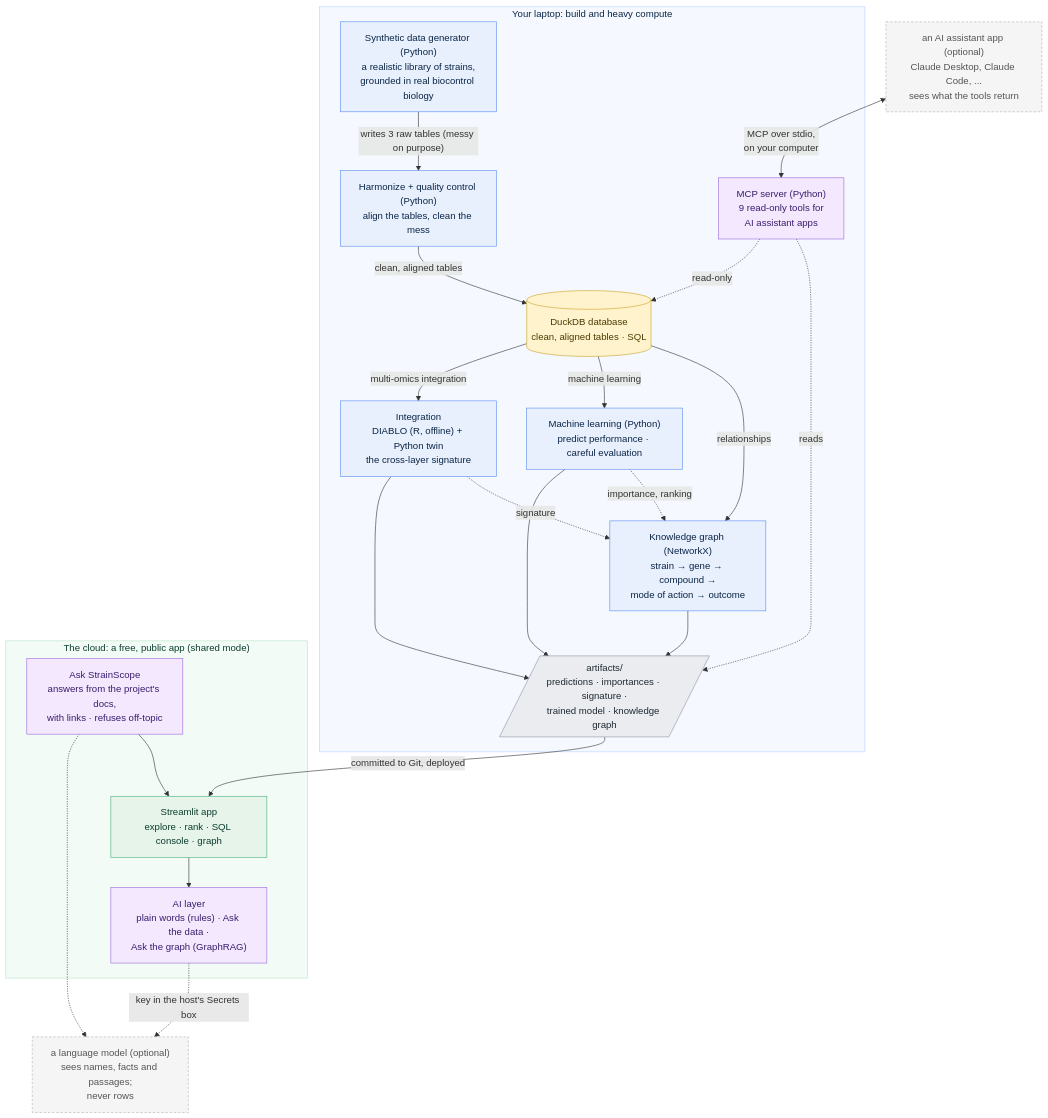
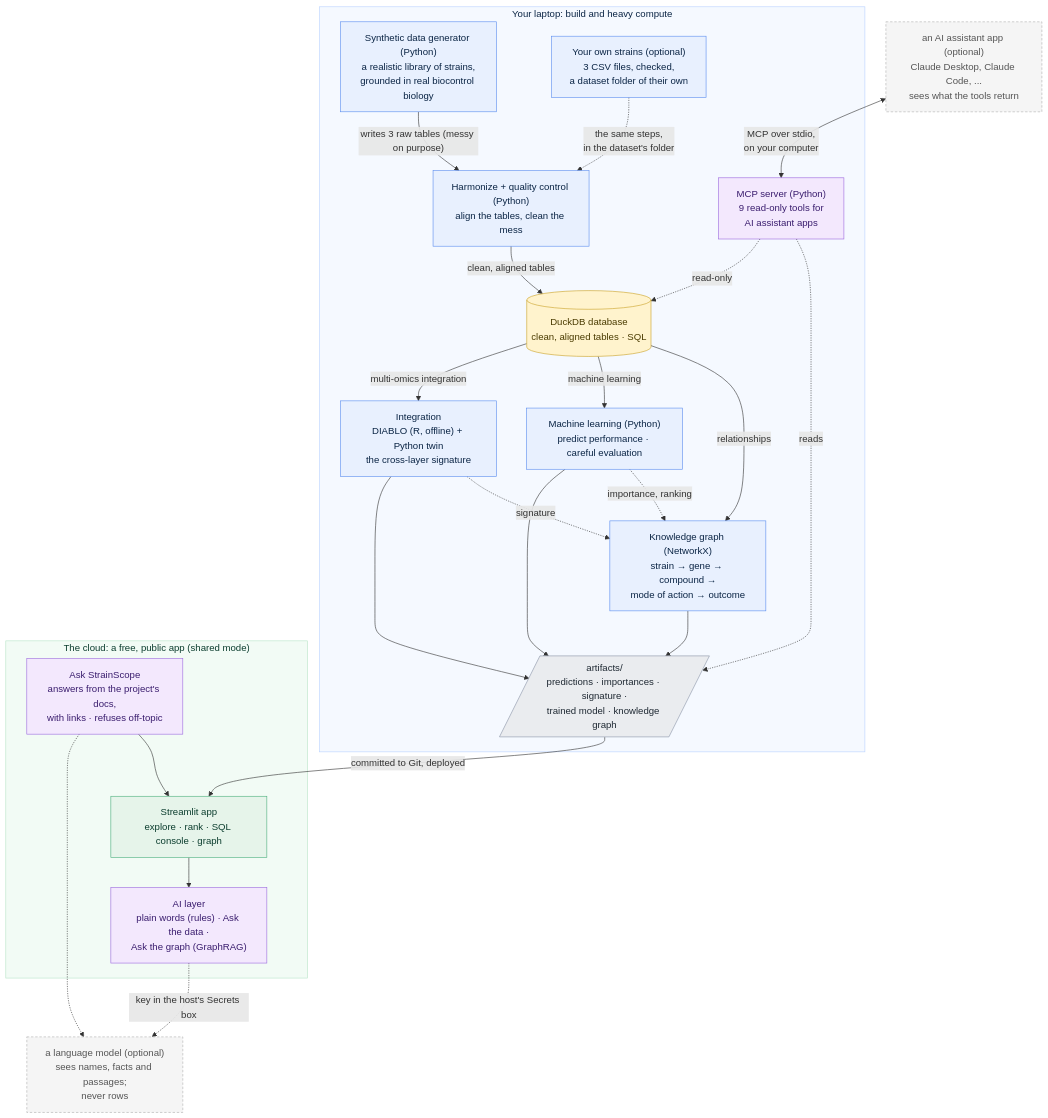
The diagram in README.md (akannan2987/strainscope), drawn with Mermaid before and after one commit. The commit also changed other lines of this file and 84 other files, not shown here.

Commit message:
feat: the whole workflow in the app, on your own data: datasets, checks, the Workflow page

````diff
--- a/README.md
+++ b/README.md
@@ -132,53 +135,55 @@
 ```mermaid
 flowchart TD
     subgraph LAPTOP["Your laptop: build and heavy compute"]
         A["Synthetic data generator (Python)<br/>a realistic library of strains,<br/>grounded in real biocontrol biology"]
         B["Harmonize + quality control (Python)<br/>align the tables, clean the mess"]
         C[("DuckDB database<br/>clean, aligned tables · SQL")]
         D["Integration<br/>DIABLO (R, offline) + Python twin<br/>the cross-layer signature"]
         E["Machine learning (Python)<br/>predict performance · careful evaluation"]
         F["Knowledge graph (NetworkX)<br/>strain → gene → compound →<br/>mode of action → outcome"]
         G[/"artifacts/<br/>predictions · importances · signature ·<br/>trained model · knowledge graph"/]
         M["MCP server (Python)<br/>9 read-only tools for<br/>AI assistant apps"]
+        U["Your own strains (optional)<br/>3 CSV files, checked,<br/>a dataset folder of their own"]
     end
     subgraph CLOUD["The cloud: a free, public app (shared mode)"]
         H["Streamlit app<br/>explore · rank · SQL console · graph"]
         I["AI layer<br/>plain words (rules) · Ask the data ·<br/>Ask the graph (GraphRAG)"]
         Q["Ask StrainScope<br/>answers from the project's docs,<br/>with links · refuses off-topic"]
     end
     L["a language model (optional)<br/>sees names, facts and passages;<br/>never rows"]
     N["an AI assistant app (optional)<br/>Claude Desktop, Claude Code, ...<br/>sees what the tools return"]
     A -->|"writes 3 raw tables (messy on purpose)"| B
+    U -.->|"the same steps,<br/>in the dataset's folder"| B
     B -->|clean, aligned tables| C
     C -->|multi-omics integration| D
     C -->|machine learning| E
     C -->|relationships| F
     D --> G
     E --> G
     D -.->|signature| F
     E -.->|importance, ranking| F
     F --> G
     G -->|committed to Git, deployed| H
     H --> I
     I -.->|"key in the host's Secrets box"| L
     Q -.-> L
     Q --> H
     M -.->|read-only| C
     M -.->|reads| G
     N <-->|"MCP over stdio,<br/>on your computer"| M
 
     classDef laptop fill:#E8F0FE,stroke:#5B8DEF,color:#0B2545;
     classDef store fill:#FFF3CD,stroke:#C9A227,color:#4A3B00;
     classDef artifact fill:#EAECEF,stroke:#8A94A6,color:#1F2933;
     classDef cloud fill:#E6F4EA,stroke:#4CAF7D,color:#0B3D2E;
     classDef ai fill:#F3E8FD,stroke:#9C6ADE,color:#3A1D6E;
     classDef roadmap fill:#F5F5F5,stroke:#B0B0B0,color:#555555,stroke-dasharray:4 3;
-    class A,B,D,E,F laptop
+    class A,B,D,E,F,U laptop
     class C store
     class G artifact
     class H cloud
     class I,Q,M ai
     class L,N roadmap
     style LAPTOP fill:#F5F9FF,stroke:#B9D2FF,color:#0B2545
     style CLOUD fill:#F2FBF5,stroke:#B7E4C7,color:#0B3D2E
 ```
````
